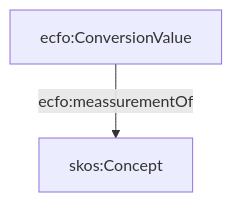
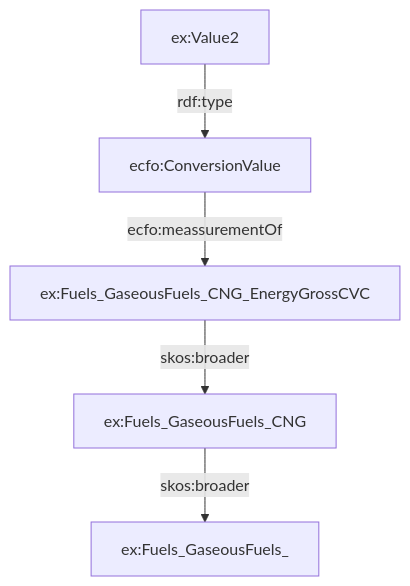
One commit to TEC-Toolkit/ECFO changed the tenth of 10 diagrams in development/doc.md. Above: the diagram before and after it, drawn with Mermaid. The commit also changed other lines of this file, not shown here.

````diff
--- a/development/doc.md
+++ b/development/doc.md
@@ -146,8 +157,13 @@
 ```mermaid
 graph TD
     CE[ecfo:ConversionValue]
-    AD[skos:Concept]
+    EX1[ex:Value2]
+    EX2[ex:Fuels_GaseousFuels_CNG_EnergyGrossCVC] 
+    EX3[ex:Fuels_GaseousFuels_CNG] 
+    EX4[ex:Fuels_GaseousFuels_] 
 
-
-    CE -- "ecfo:meassurementOf" --> AD
+    EX1 -->|rdf:type| CE
+    CE -->|ecfo:meassurementOf| EX2
+    EX2 -->|skos:broader| EX3
+    EX3 -->|skos:broader| EX4
 ```
````
